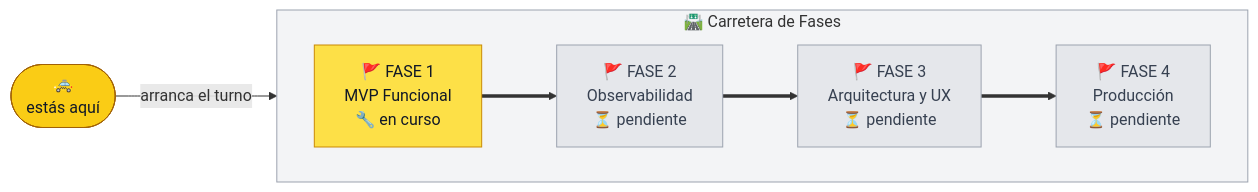
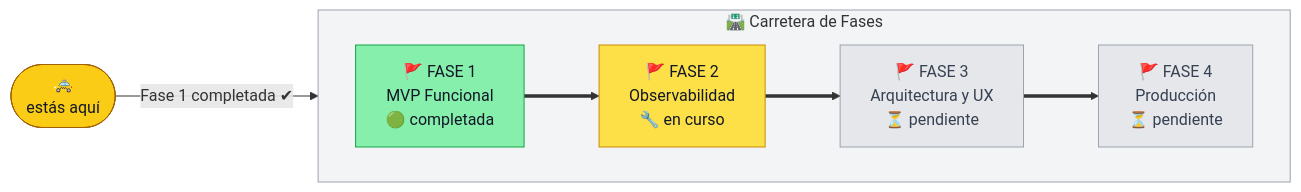
The diagram in README.md (IA-P1-BCN/proyecto_1_juanCarlos_escamilla), drawn with Mermaid before and after one commit. The commit also changed other lines of this file and 56 other files, not shown here.

````diff
--- a/README.md
+++ b/README.md
@@ -44,14 +45,14 @@
 ```mermaid
 flowchart LR
-    TAXI(["🚕<br/>estás aquí"]) -- arranca el turno --> F1
+    TAXI(["🚕<br/>estás aquí"]) -- Fase 1 completada ✔ --> F2
     subgraph CARRETERA["🛣️  Carretera de Fases"]
         direction LR
-        F1["🚩 FASE 1<br/>MVP Funcional<br/>🔧 en curso"] ==> F2["🚩 FASE 2<br/>Observabilidad<br/>⏳ pendiente"] ==> F3["🚩 FASE 3<br/>Arquitectura y UX<br/>⏳ pendiente"] ==> F4["🚩 FASE 4<br/>Producción<br/>⏳ pendiente"]
+        F1["🚩 FASE 1<br/>MVP Funcional<br/>🟢 completada"] ==> F2["🚩 FASE 2<br/>Observabilidad<br/>🔧 en curso"] ==> F3["🚩 FASE 3<br/>Arquitectura y UX<br/>⏳ pendiente"] ==> F4["🚩 FASE 4<br/>Producción<br/>⏳ pendiente"]
     end
     style TAXI fill:#facc15,stroke:#a16207,color:#111827
     style CARRETERA fill:#f3f4f6,stroke:#9ca3af
-    style F1 fill:#fde047,stroke:#ca8a04,color:#111827
-    style F2 fill:#e5e7eb,stroke:#9ca3af,color:#374151
+    style F1 fill:#86efac,stroke:#16a34a,color:#111827
+    style F2 fill:#fde047,stroke:#ca8a04,color:#111827
     style F3 fill:#e5e7eb,stroke:#9ca3af,color:#374151
     style F4 fill:#e5e7eb,stroke:#9ca3af,color:#374151
 ```
````
